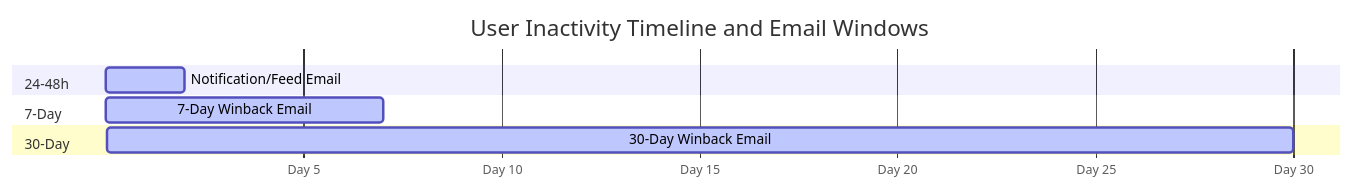
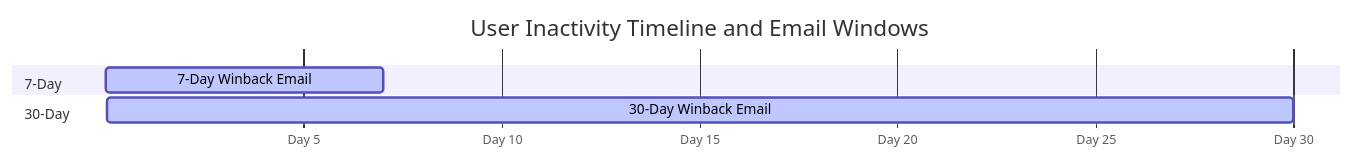
The first of 3 diagrams in docs/features/email/diagrams/time-windows.md (Codewrinkles/universe), drawn with Mermaid before and after one commit. The commit also changed other lines of this file and 15 other files, not shown here.

````diff
--- a/docs/features/email/diagrams/time-windows.md
+++ b/docs/features/email/diagrams/time-windows.md
@@ -3,15 +3,12 @@
 ```mermaid
 gantt
     title User Inactivity Timeline and Email Windows
     dateFormat X
     axisFormat Day %s
-
-    section 24-48h
-    Notification/Feed Email    :active, 1, 2
 
     section 7-Day
     7-Day Winback Email       :active, 6, 7
 
     section 30-Day
     30-Day Winback Email      :active, 29, 30
 ```
````
